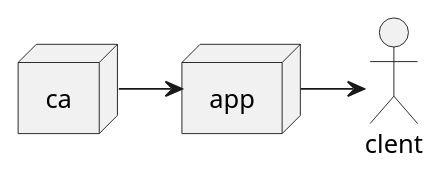
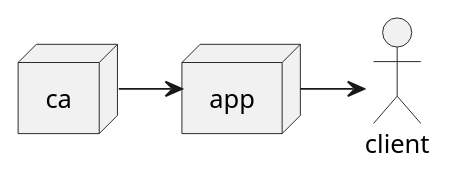
The diagram in test.iuml (Vivekyadavgithub/PlantUML-tut), drawn with PlantUML before and after one commit.

```diff
--- a/test.iuml
+++ b/test.iuml
@@ -1,10 +1,10 @@
 @startuml
-actor clent
+actor client
 node app
 node ca
 
 
 ca -> app
-app -> clent
+app -> client
 
 @enduml
```
